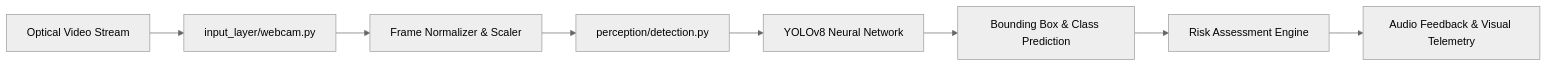
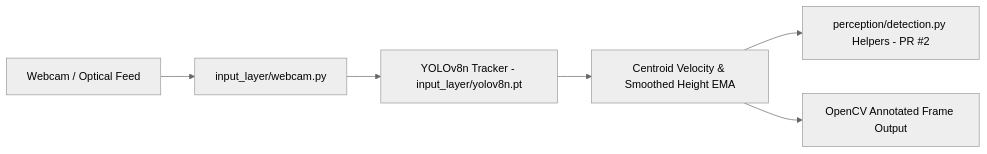
The diagram in README.md (StratagemVX/Major-Project), drawn with Mermaid (neutral theme) before and after one commit. The commit also changed other lines of this file, not shown here.

Commit message:
docs(readme): align documentation with verified source code, tests and open security PRs

````diff
--- a/README.md
+++ b/README.md
@@ -46,10 +37,8 @@
 ```mermaid
 flowchart LR
-    Cam[Optical Video Stream] --> Ingest[input_layer/webcam.py]
-    Ingest --> FrameBuffer[Frame Normalizer & Scaler]
-    FrameBuffer --> Detect[perception/detection.py]
-    Detect --> YOLO[YOLOv8 Neural Network]
-    YOLO --> Bounding[Bounding Box & Class Prediction]
-    Bounding --> Risk[Risk Assessment Engine]
-    Risk --> Output[Audio Feedback & Visual Telemetry]
+    Cam[Webcam / Optical Feed] --> Cap[input_layer/webcam.py]
+    Cap --> YOLO[YOLOv8n Tracker - input_layer/yolov8n.pt]
+    YOLO --> Track[Centroid Velocity & Smoothed Height EMA]
+    Track --> Helpers[perception/detection.py Helpers - PR #2]
+    Track --> Display[OpenCV Annotated Frame Output]
 ```
````
